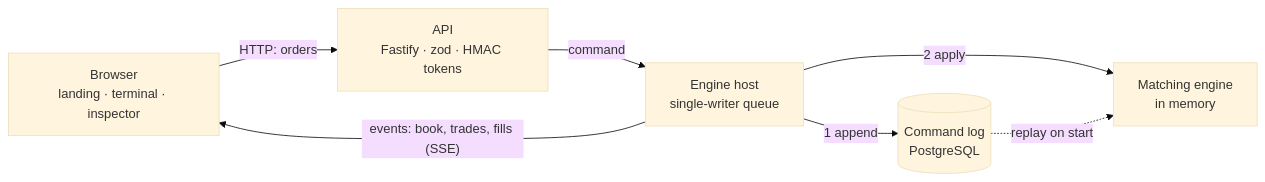
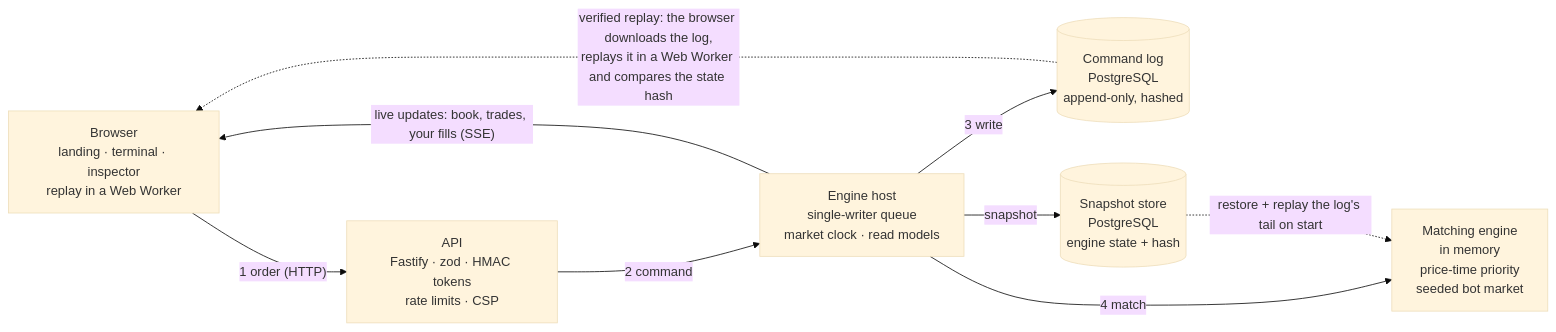
The diagram in README.md (UditSinghChauhan/MarketLab), drawn with Mermaid (base theme) before and after one commit.

Commit message:
docs: match the README diagram to the landing page

````diff
--- a/README.md
+++ b/README.md
@@ -53,9 +53,11 @@
 ```mermaid
 flowchart LR
-    B[Browser<br/>landing · terminal · inspector] -- "HTTP: orders" --> A[API<br/>Fastify · zod · HMAC tokens]
-    A -- command --> H[Engine host<br/>single-writer queue]
-    H -- "1 append" --> L[(Command log<br/>PostgreSQL)]
-    H -- "2 apply" --> E[Matching engine<br/>in memory]
-    L -. "replay on start" .-> E
-    H -- "events: book, trades, fills (SSE)" --> B
+    B[Browser<br/>landing · terminal · inspector<br/>replay in a Web Worker] -- "1 order (HTTP)" --> A[API<br/>Fastify · zod · HMAC tokens<br/>rate limits · CSP]
+    A -- "2 command" --> H[Engine host<br/>single-writer queue<br/>market clock · read models]
+    H -- "3 write" --> L[(Command log<br/>PostgreSQL<br/>append-only, hashed)]
+    H -- "snapshot" --> S[(Snapshot store<br/>PostgreSQL<br/>engine state + hash)]
+    H -- "4 match" --> E[Matching engine<br/>in memory<br/>price-time priority<br/>seeded bot market]
+    S -. "restore + replay the log's tail on start" .-> E
+    H -- "live updates: book, trades, your fills (SSE)" --> B
+    L -. "verified replay: the browser downloads the log,<br/>replays it in a Web Worker and compares the state hash" .-> B
 ```
````
